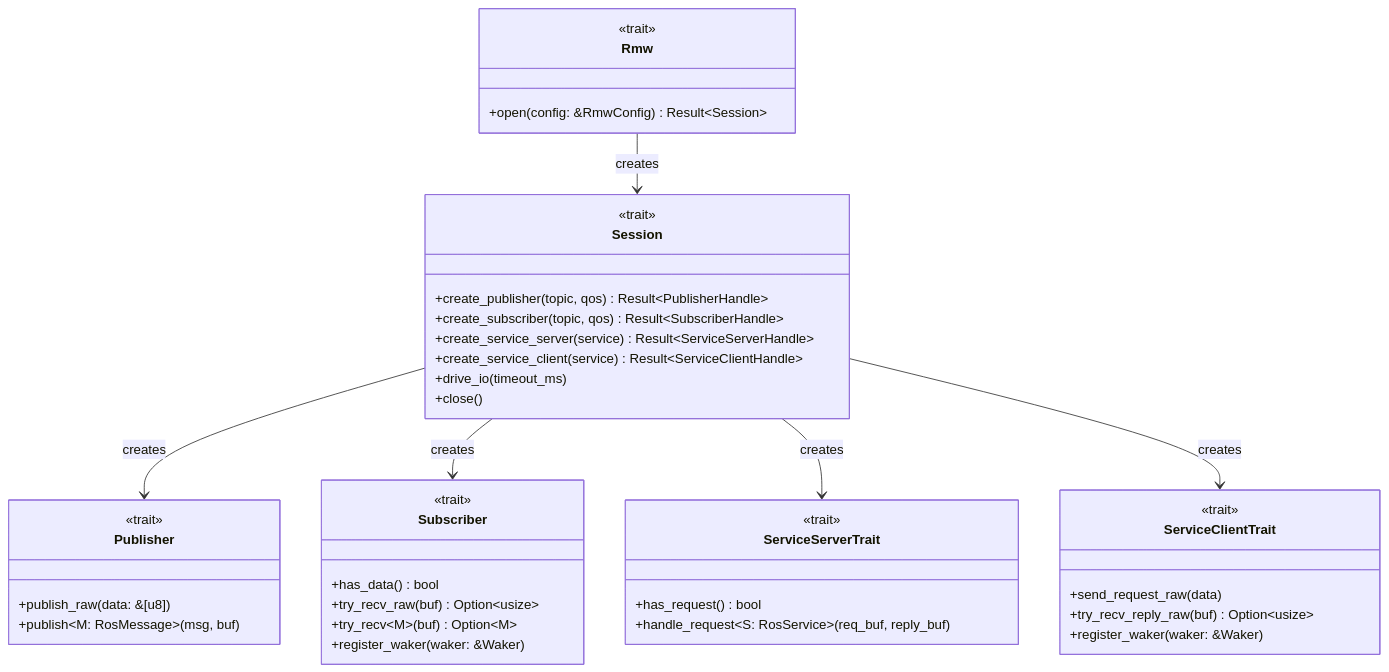
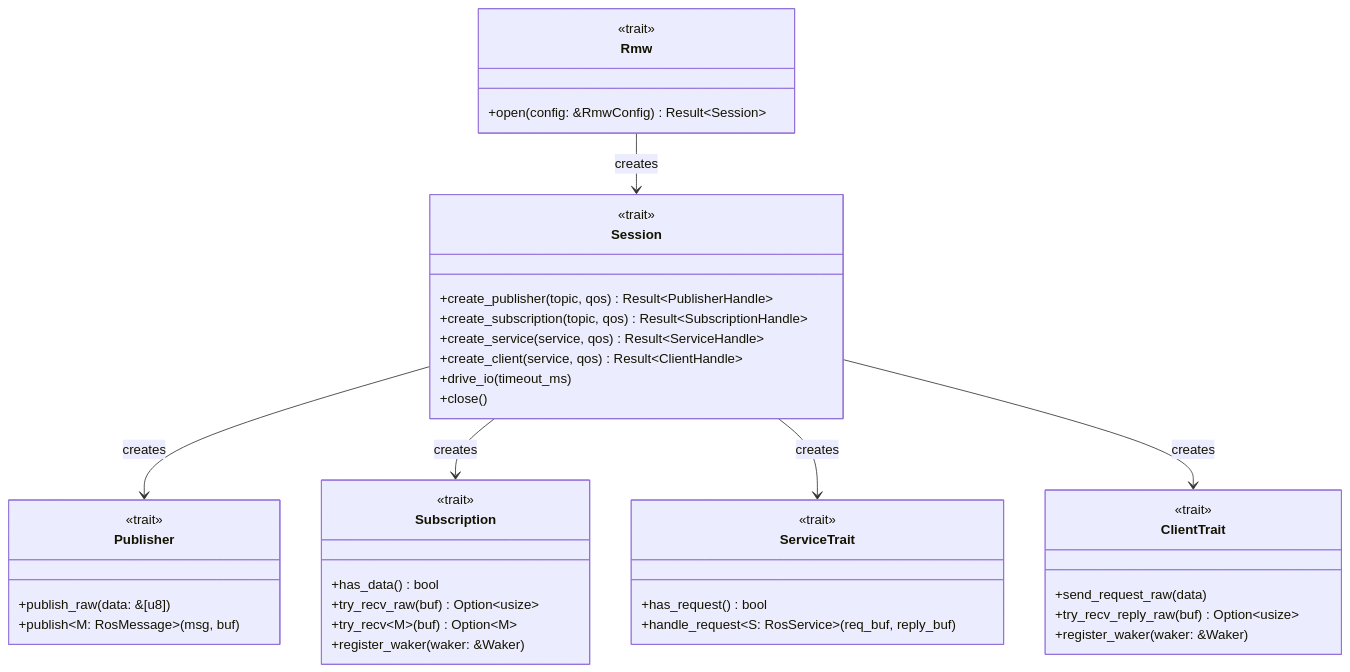
Before and after one commit to NEWSLabNTU/nano-ros: the fourth of 15 diagrams in docs/design/0001-architecture-overview.md, drawn with Mermaid. The commit also changed 23 other files, not shown here.

````diff
--- a/docs/design/0001-architecture-overview.md
+++ b/docs/design/0001-architecture-overview.md
@@ -218,50 +218,50 @@
 ```mermaid
 classDiagram
     class Rmw {
         <<trait>>
         +open(config: &RmwConfig) Result~Session~
     }
 
     class Session {
         <<trait>>
         +create_publisher(topic, qos) Result~PublisherHandle~
-        +create_subscriber(topic, qos) Result~SubscriberHandle~
-        +create_service_server(service) Result~ServiceServerHandle~
-        +create_service_client(service) Result~ServiceClientHandle~
+        +create_subscription(topic, qos) Result~SubscriptionHandle~
+        +create_service(service, qos) Result~ServiceHandle~
+        +create_client(service, qos) Result~ClientHandle~
         +drive_io(timeout_ms)
         +close()
     }
 
     class Publisher {
         <<trait>>
         +publish_raw(data: &[u8])
         +publish~M: RosMessage~(msg, buf)
     }
 
-    class Subscriber {
+    class Subscription {
         <<trait>>
         +has_data() bool
         +try_recv_raw(buf) Option~usize~
         +try_recv~M~(buf) Option~M~
         +register_waker(waker: &Waker)
     }
 
-    class ServiceServerTrait {
+    class ServiceTrait {
         <<trait>>
         +has_request() bool
         +handle_request~S: RosService~(req_buf, reply_buf)
     }
 
-    class ServiceClientTrait {
+    class ClientTrait {
         <<trait>>
         +send_request_raw(data)
         +try_recv_reply_raw(buf) Option~usize~
         +register_waker(waker: &Waker)
     }
 
     Rmw --> Session : creates
     Session --> Publisher : creates
-    Session --> Subscriber : creates
-    Session --> ServiceServerTrait : creates
-    Session --> ServiceClientTrait : creates
+    Session --> Subscription : creates
+    Session --> ServiceTrait : creates
+    Session --> ClientTrait : creates
 ```
````
